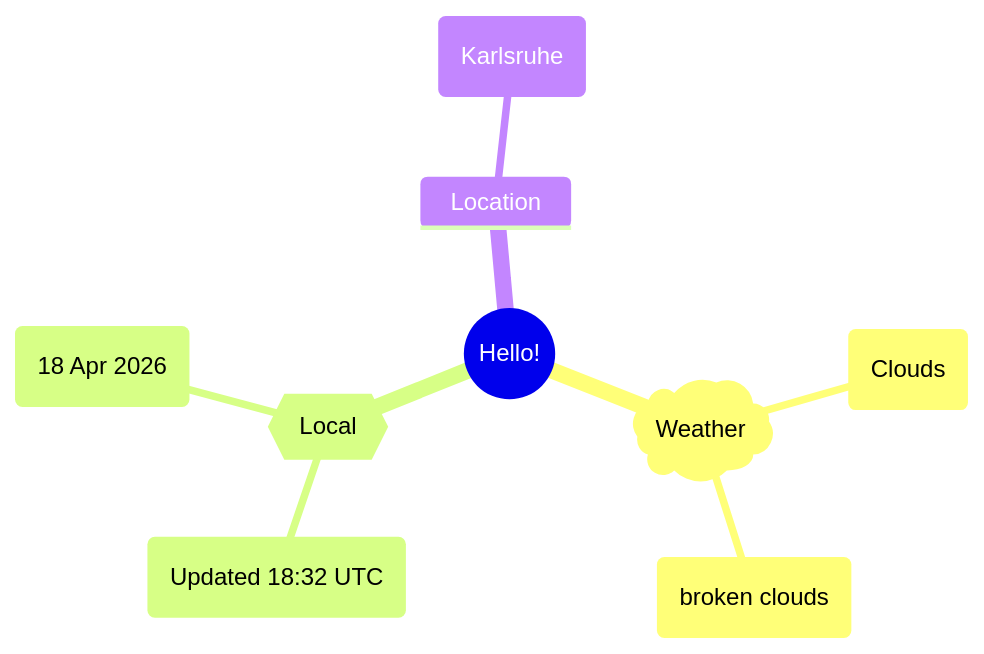
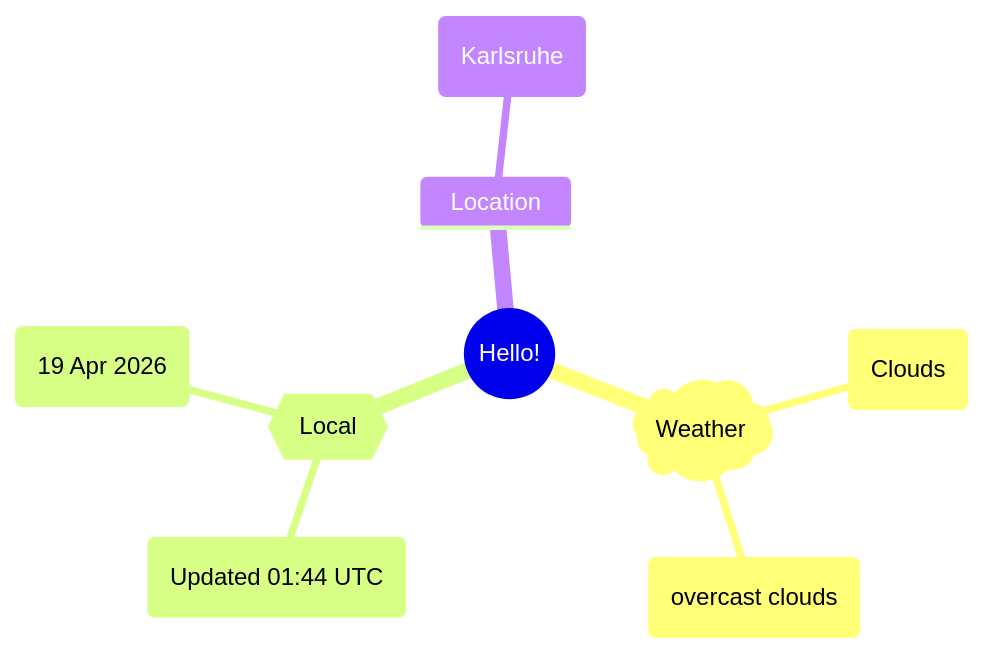
Before and after one commit to Xosrov/Xosrov: the first of 2 diagrams in README.md, drawn with Mermaid.

Commit message:
[bot] updated images

````diff
--- a/README.md
+++ b/README.md
@@ -3,12 +3,12 @@
 ```mermaid
 mindmap
   root((Hello!))
     )Weather(
         (Clouds)
-        (broken clouds)
+        (overcast clouds)
     {{Local}}
-        (Updated 18:32 UTC)
-        (18 Apr 2026)
+        (Updated 01:44 UTC)
+        (19 Apr 2026)
     Location
         (Karlsruhe)
 ```
````
